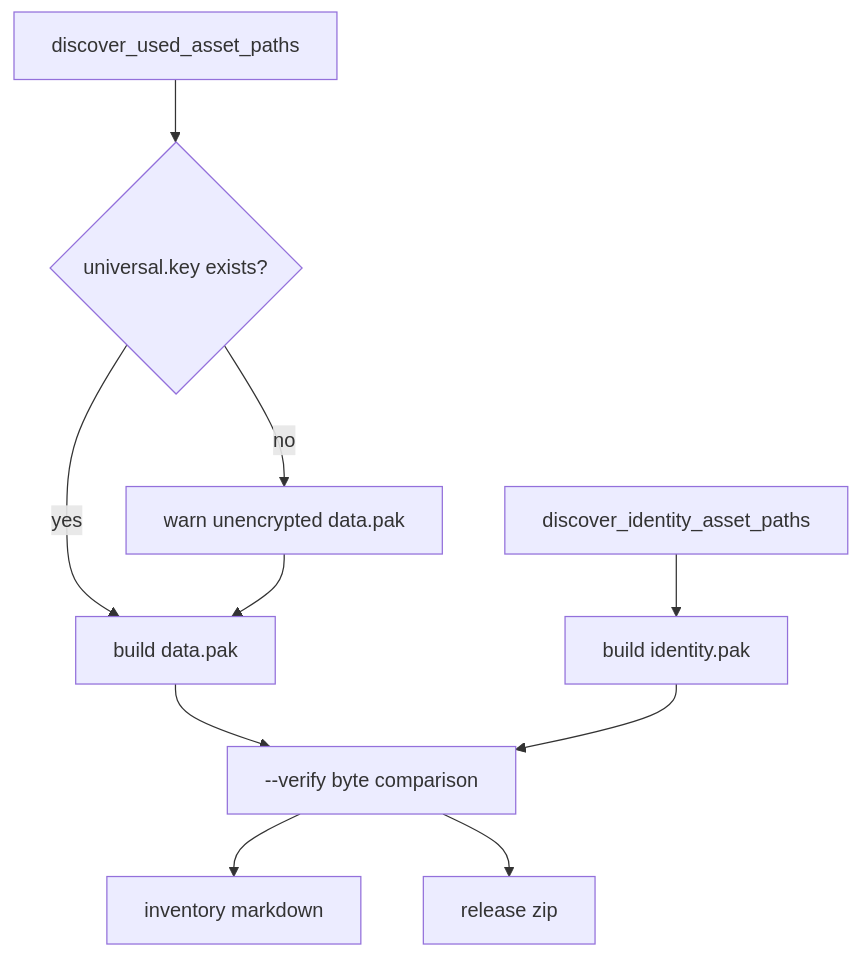
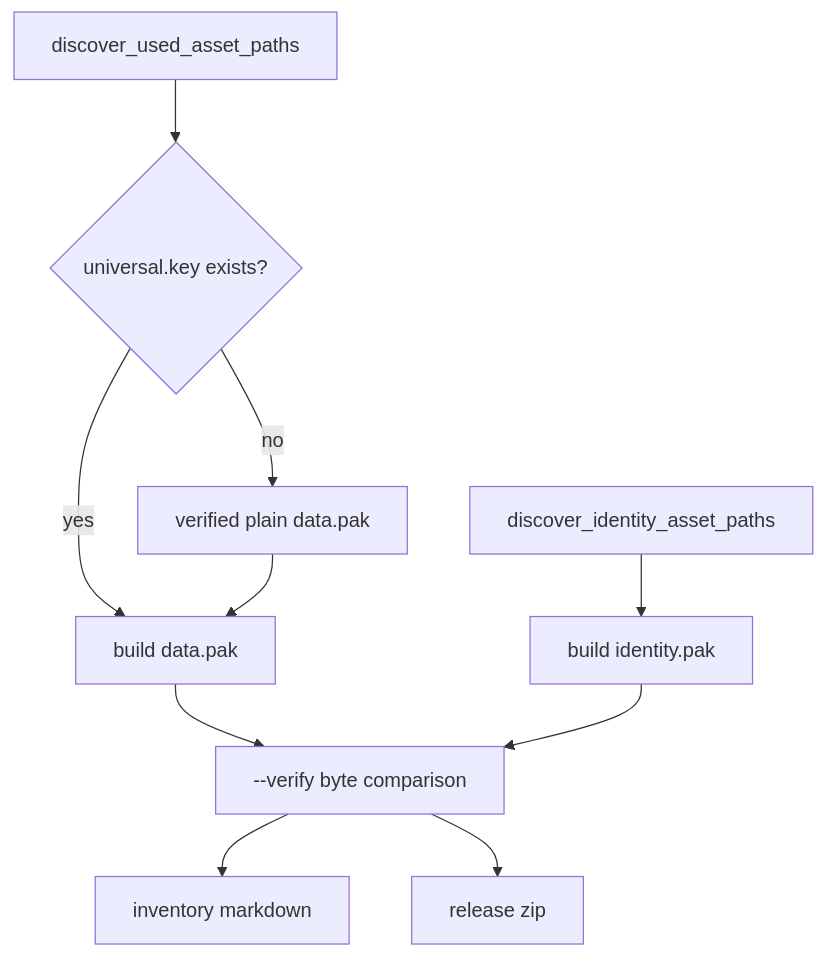
Before and after one commit to soulwax/EchoWiki: the sixth of 8 diagrams in src/content/docs/pages/architecture/protection-and-tamper-boundaries.md, drawn with Mermaid. The commit also changed other lines of this file and 7 other files, not shown here.

Commit message:
docs: polish mermaid diagram rendering

````diff
--- a/src/content/docs/pages/architecture/protection-and-tamper-boundaries.md
+++ b/src/content/docs/pages/architecture/protection-and-tamper-boundaries.md
@@ -205,20 +207,20 @@
 ```mermaid
 flowchart TD
     discover[discover_used_asset_paths]
     key{universal.key exists?}
     identitydiscover[discover_identity_asset_paths]
     builddata[build data.pak]
-    warn[warn unencrypted data.pak]
+    plain[verified plain data.pak]
     buildidentity[build identity.pak]
     verify[--verify byte comparison]
     inventory[inventory markdown]
     release[release zip]
 
     discover --> key
     key -- yes --> builddata
-    key -- no --> warn --> builddata
+    key -- no --> plain --> builddata
     builddata --> verify
     identitydiscover --> buildidentity --> verify
     verify --> inventory
     verify --> release
 ```
````
